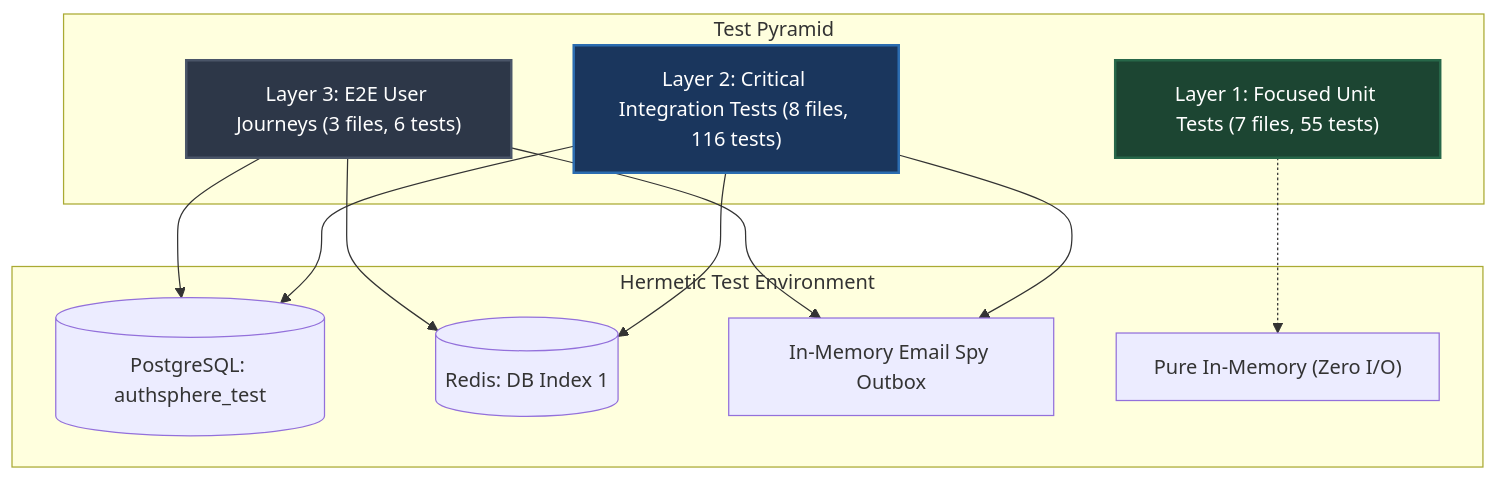
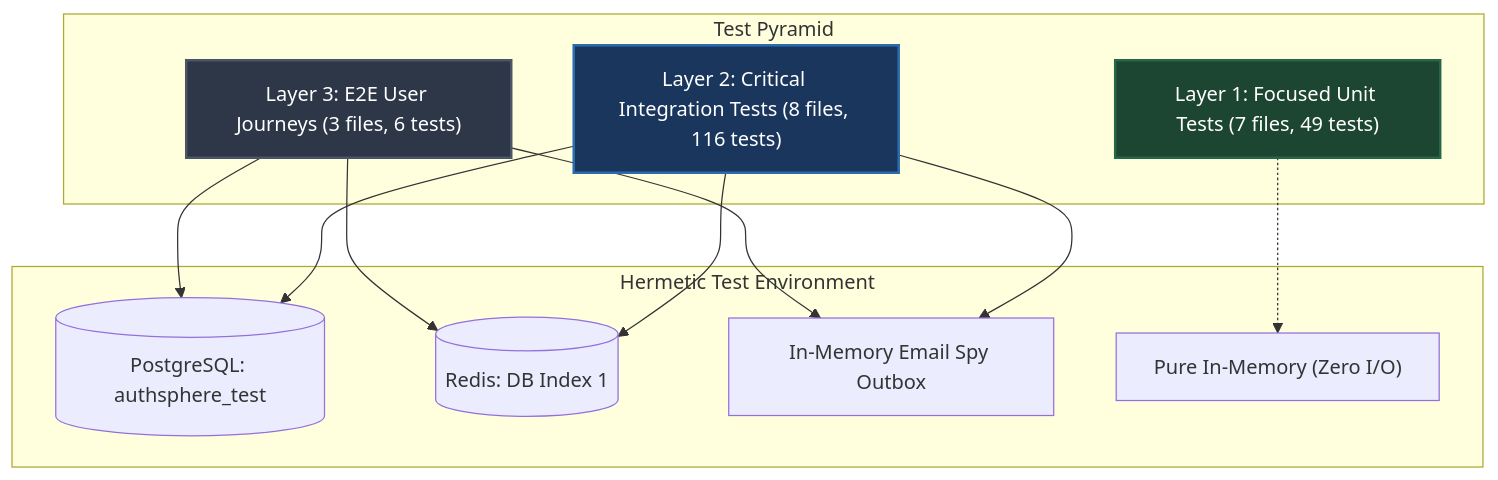
Before and after one commit to utkarshj014/authsphere: the first of 2 diagrams in docs/TESTING.md, drawn with Mermaid. The commit also changed other lines of this file and 8 other files, not shown here.

````diff
--- a/docs/TESTING.md
+++ b/docs/TESTING.md
@@ -47,19 +47,19 @@
 ```mermaid
 graph TD
-    subgraph Test Pyramid
+    subgraph TP ["Test Pyramid"]
         E2E["Layer 3: E2E User Journeys (3 files, 6 tests)"]
         INT["Layer 2: Critical Integration Tests (8 files, 116 tests)"]
-        UNIT["Layer 1: Focused Unit Tests (7 files, 55 tests)"]
+        UNIT["Layer 1: Focused Unit Tests (7 files, 49 tests)"]
     end
 
-    subgraph Hermetic Test Environment
+    subgraph HTE ["Hermetic Test Environment"]
         E2E & INT --> TestDB[("PostgreSQL: authsphere_test")]
         E2E & INT --> TestRedis[("Redis: DB Index 1")]
         E2E & INT --> EmailSpy["In-Memory Email Spy Outbox"]
         UNIT -.-> PureMemory["Pure In-Memory (Zero I/O)"]
     end
 
     style E2E fill:#2d3748,stroke:#4a5568,stroke-width:2px,color:#fff
     style INT fill:#1a365d,stroke:#2b6cb0,stroke-width:2px,color:#fff
     style UNIT fill:#1c4532,stroke:#276749,stroke-width:2px,color:#fff
 ```
````
